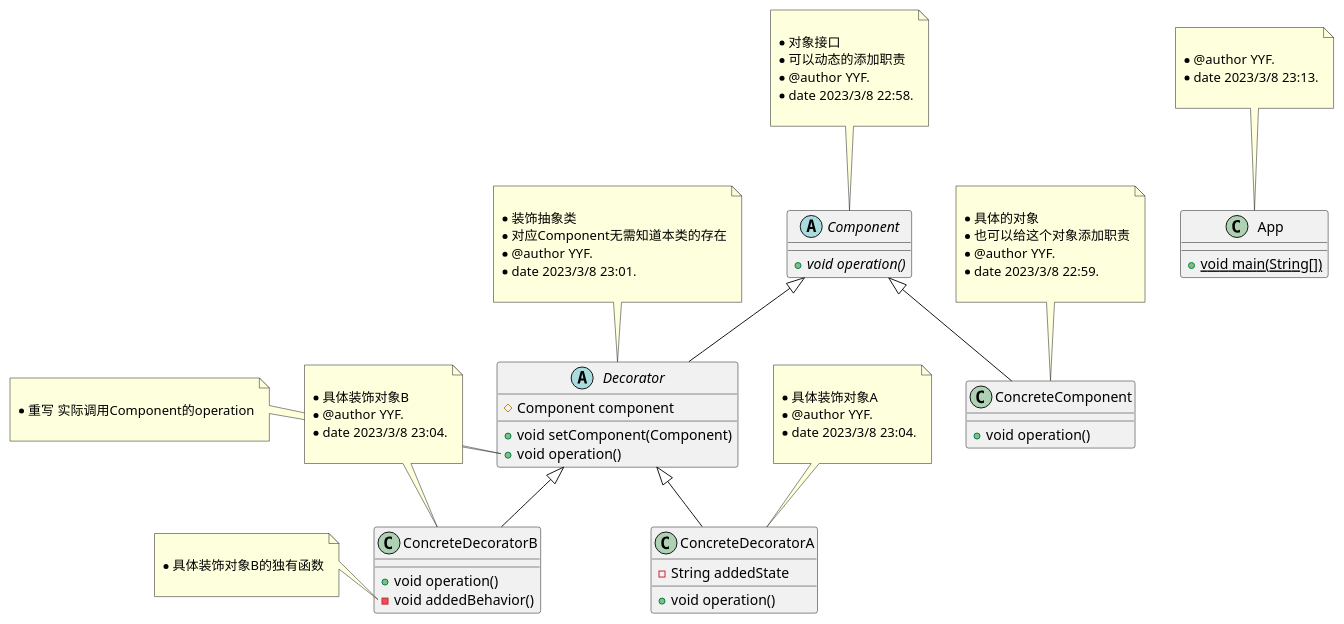
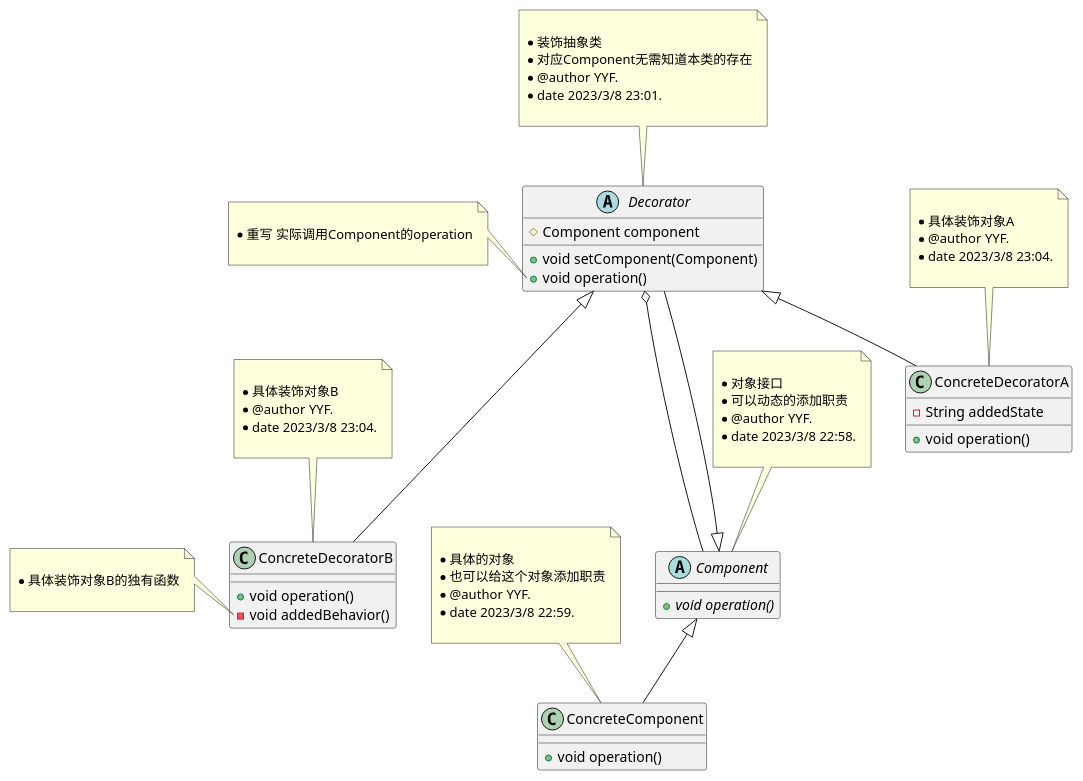
One commit to yuanyf417/DP changed the diagram in ch6.puml. Above: the diagram before and after it, drawn with PlantUML. The commit also changed 2 other files, not shown here.

Commit message:
fix: chp6.x uml

```diff
--- a/ch6.puml
+++ b/ch6.puml
@@ -1,90 +1,79 @@
 @startuml
 class ConcreteComponent {
 + void operation()
 }
 note top of ConcreteComponent
 
  * 具体的对象
  * 也可以给这个对象添加职责
  * @author YYF.
  * date 2023/3/8 22:59.
  
 end note
 
 class ConcreteDecoratorA {
 - String addedState
 + void operation()
 }
 note top of ConcreteDecoratorA
 
  * 具体装饰对象A
  * @author YYF.
  * date 2023/3/8 23:04.
  
 end note
 
 abstract class Decorator {
 # Component component
 + void setComponent(Component)
 + void operation()
 }
 note top of Decorator
 
  * 装饰抽象类
  * 对应Component无需知道本类的存在
  * @author YYF.
  * date 2023/3/8 23:01.
  
 end note
 note left of Decorator::operation()
 
      * 重写 实际调用Component的operation
      
 end note
 
 abstract class Component {
 + {abstract}void operation()
 }
 note top of Component
 
  * 对象接口
  * 可以动态的添加职责
  * @author YYF.
  * date 2023/3/8 22:58.
  
 end note
 
 class ConcreteDecoratorB {
 + void operation()
 - void addedBehavior()
 }
 note top of ConcreteDecoratorB
 
  * 具体装饰对象B
  * @author YYF.
  * date 2023/3/8 23:04.
  
 end note
 note left of ConcreteDecoratorB::addedBehavior()
 
      * 具体装饰对象B的独有函数
      
 end note
 
-class App {
-+ {static} void main(String[])
-}
-note top of App
-
- * @author YYF.
- * date 2023/3/8 23:13.
- 
-end note
-
-
-
 Component <|-- ConcreteComponent
 Decorator <|-- ConcreteDecoratorA
-Component <|-- Decorator
-Decorator <|-- ConcreteDecoratorB
+Component <|--- Decorator
+Decorator o--- Component
+Decorator <|--- ConcreteDecoratorB
 @enduml
```
